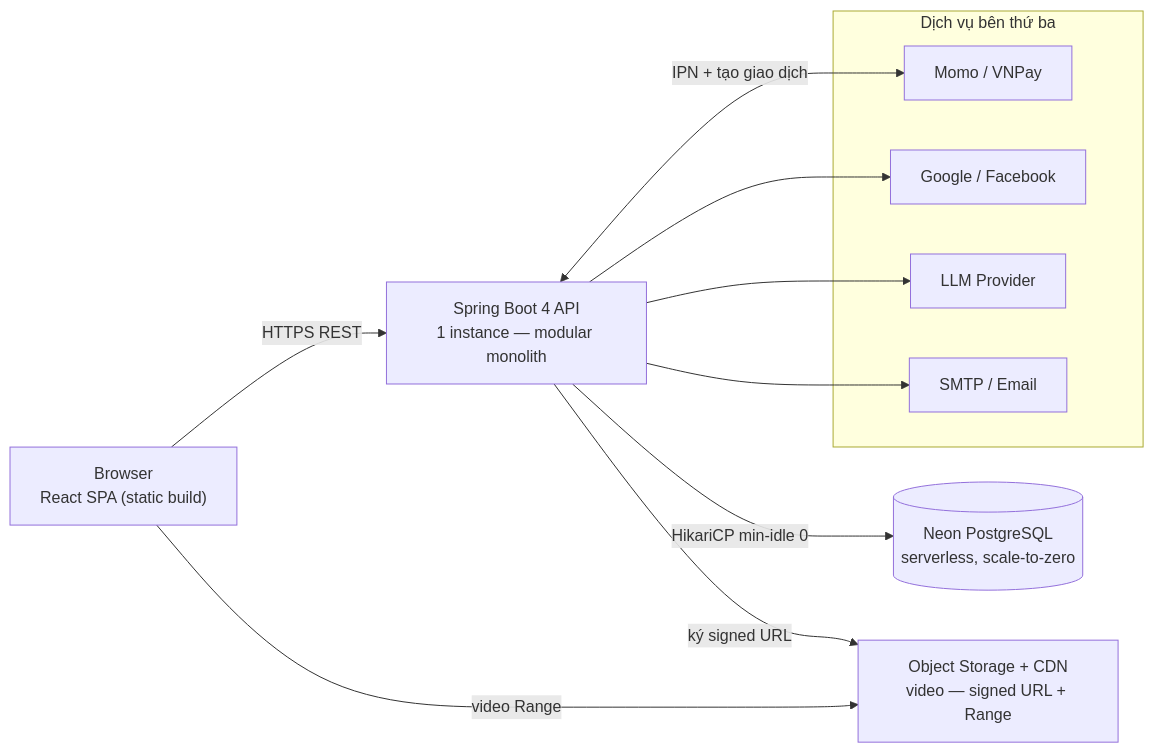
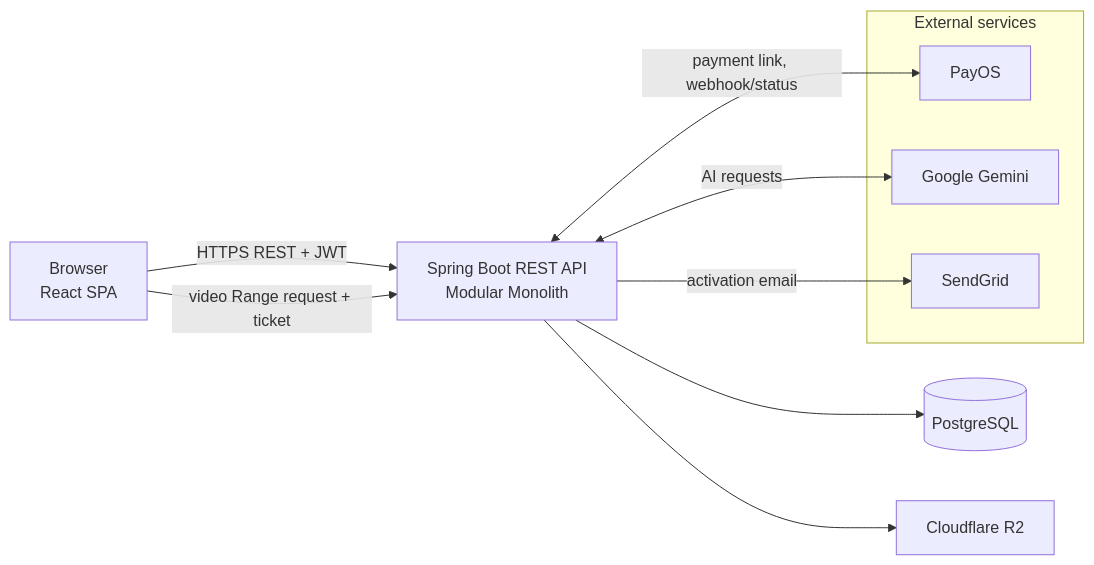
The second of 2 diagrams in docs/hld.md (The3Idiots01/ELearning), drawn with Mermaid before and after one commit. The commit also changed other lines of this file and 5 other files, not shown here.

````diff
--- a/docs/hld.md
+++ b/docs/hld.md
@@ -117,22 +108,20 @@
 ```mermaid
 flowchart LR
-    B["Browser<br/>React SPA (static build)"]
-    S["Spring Boot 4 API<br/>1 instance — modular monolith"]
-    N[("Neon PostgreSQL<br/>serverless, scale-to-zero")]
-    C["Object Storage + CDN<br/>video — signed URL + Range"]
-    subgraph Ext["Dịch vụ bên thứ ba"]
-        M["Momo / VNPay"]
-        G["Google / Facebook"]
-        L["LLM Provider"]
-        E["SMTP / Email"]
+    B["Browser<br/>React SPA"]
+    API["Spring Boot REST API<br/>Modular Monolith"]
+    DB[("PostgreSQL")]
+    ST["Cloudflare R2"]
+    subgraph EXT["External services"]
+        P["PayOS"]
+        G["Google Gemini"]
+        E["SendGrid"]
     end
 
-    B -->|HTTPS REST| S
-    B -->|video Range| C
-    S -->|HikariCP min-idle 0| N
-    S -->|ký signed URL| C
-    S <-->|IPN + tạo giao dịch| M
-    S --> G
-    S --> L
-    S --> E
+    B -->|HTTPS REST + JWT| API
+    B -->|video Range request + ticket| API
+    API --> DB
+    API --> ST
+    API <-->|payment link, webhook/status| P
+    API <-->|AI requests| G
+    API -->|activation email| E
 ```
````
